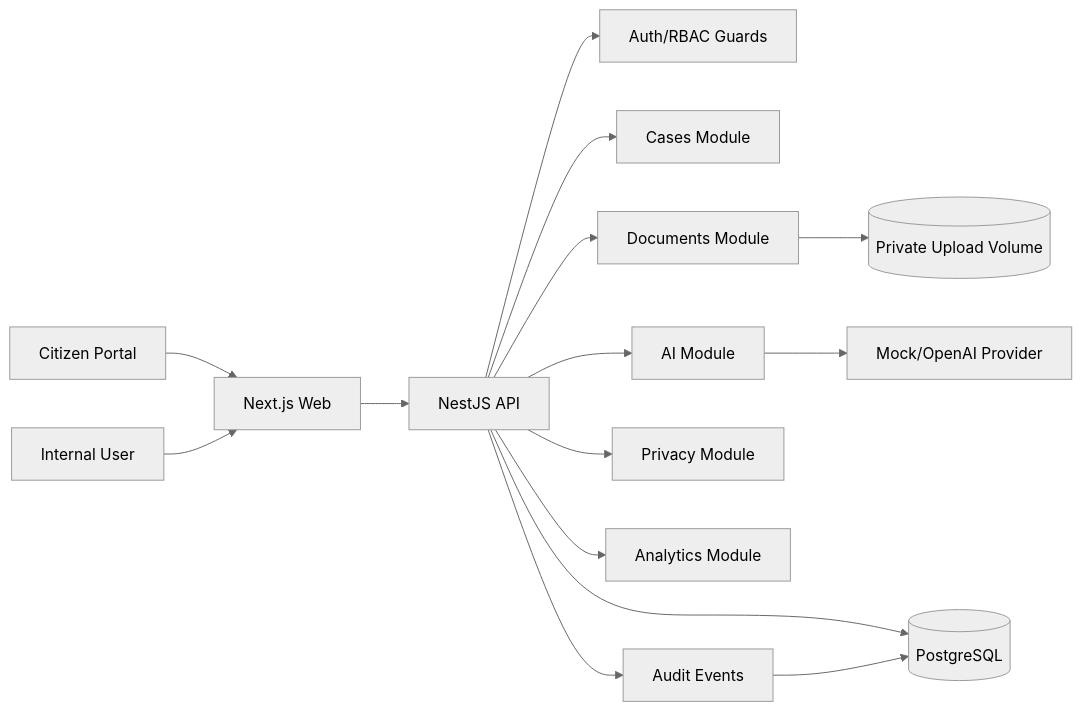
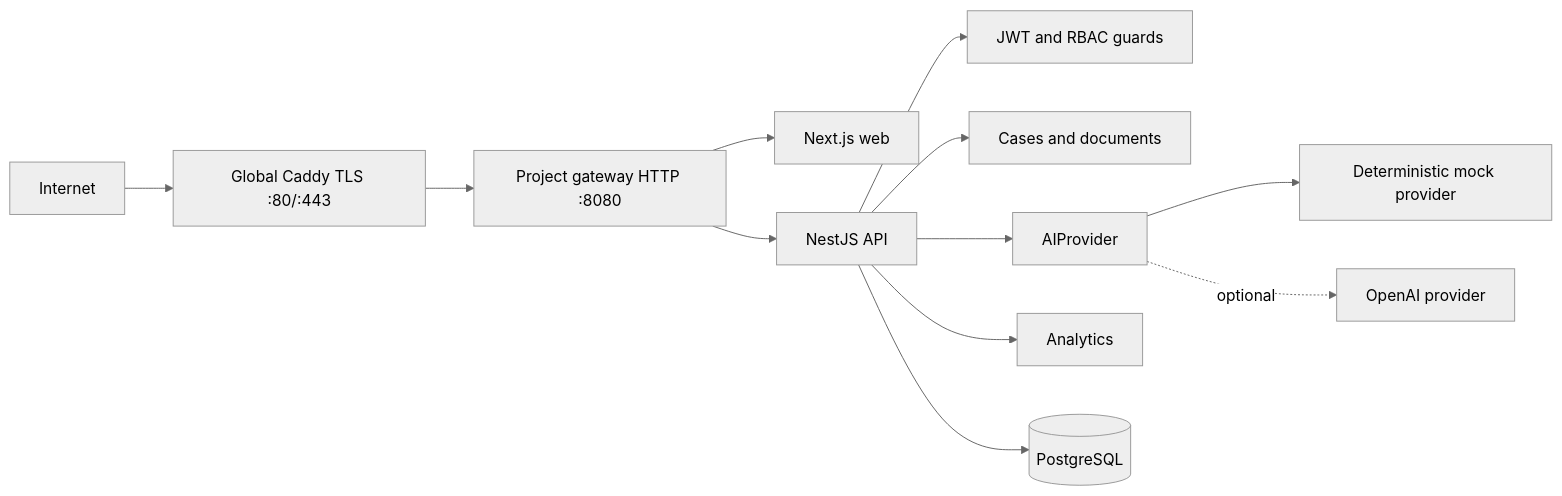
One commit to IoanGogozan/KommuneFlow-AI changed the diagram in README.md. Above: the diagram before and after it, drawn with Mermaid (neutral theme). The commit also changed other lines of this file and 15 other files, not shown here.

````diff
--- a/README.md
+++ b/README.md
@@ -31,17 +51,14 @@
 ```mermaid
 flowchart LR
-  Citizen[Citizen Portal] --> Web[Next.js Web]
-  Employee[Internal User] --> Web
-  Web --> API[NestJS API]
-  API --> Auth[Auth/RBAC Guards]
-  API --> Cases[Cases Module]
-  API --> Docs[Documents Module]
-  API --> AI[AI Module]
-  API --> Privacy[Privacy Module]
-  API --> Analytics[Analytics Module]
+  Internet --> GlobalCaddy[Global Caddy TLS :80/:443]
+  GlobalCaddy --> Gateway[Project gateway HTTP :8080]
+  Gateway --> Web[Next.js web]
+  Gateway --> API[NestJS API]
+  API --> Auth[JWT and RBAC guards]
+  API --> Cases[Cases and documents]
+  API --> AI[AIProvider]
+  API --> Analytics[Analytics]
   API --> DB[(PostgreSQL)]
-  Docs --> Uploads[(Private Upload Volume)]
-  AI --> Provider[Mock/OpenAI Provider]
-  API --> Audit[Audit Events]
-  Audit --> DB
+  AI --> Mock[Deterministic mock provider]
+  AI -. optional .-> OpenAI[OpenAI provider]
 ```
````
